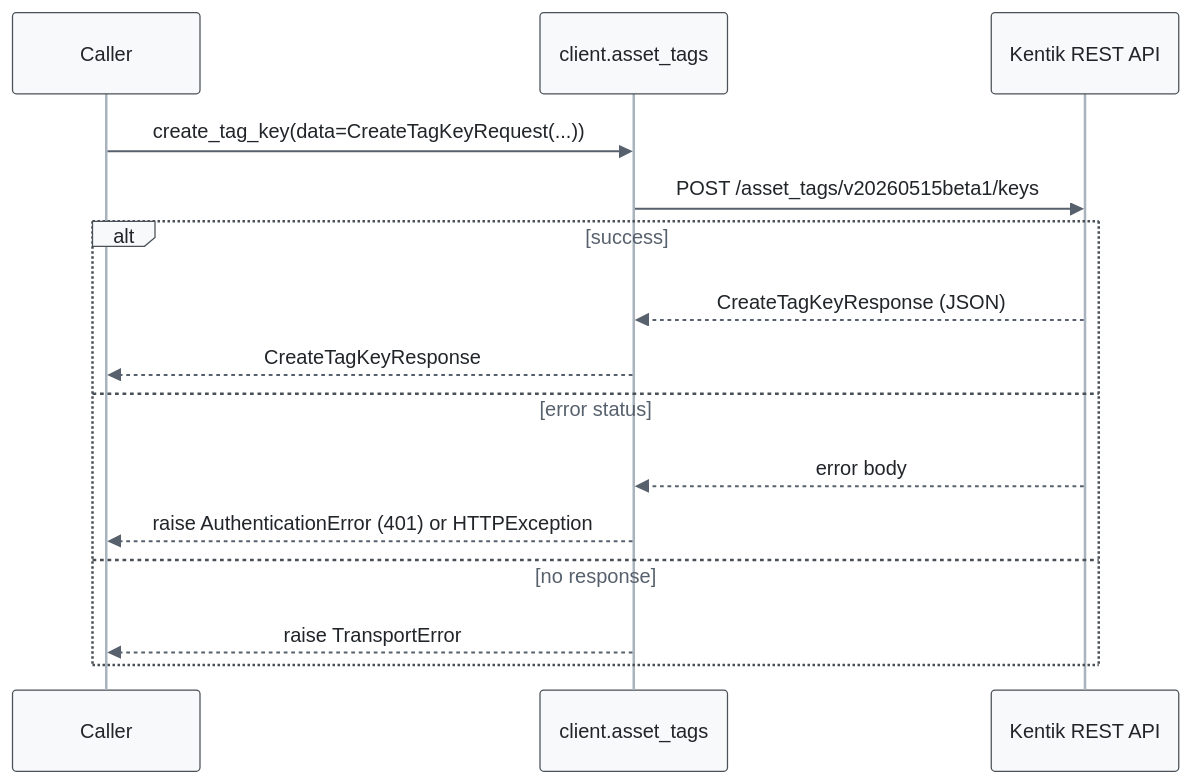
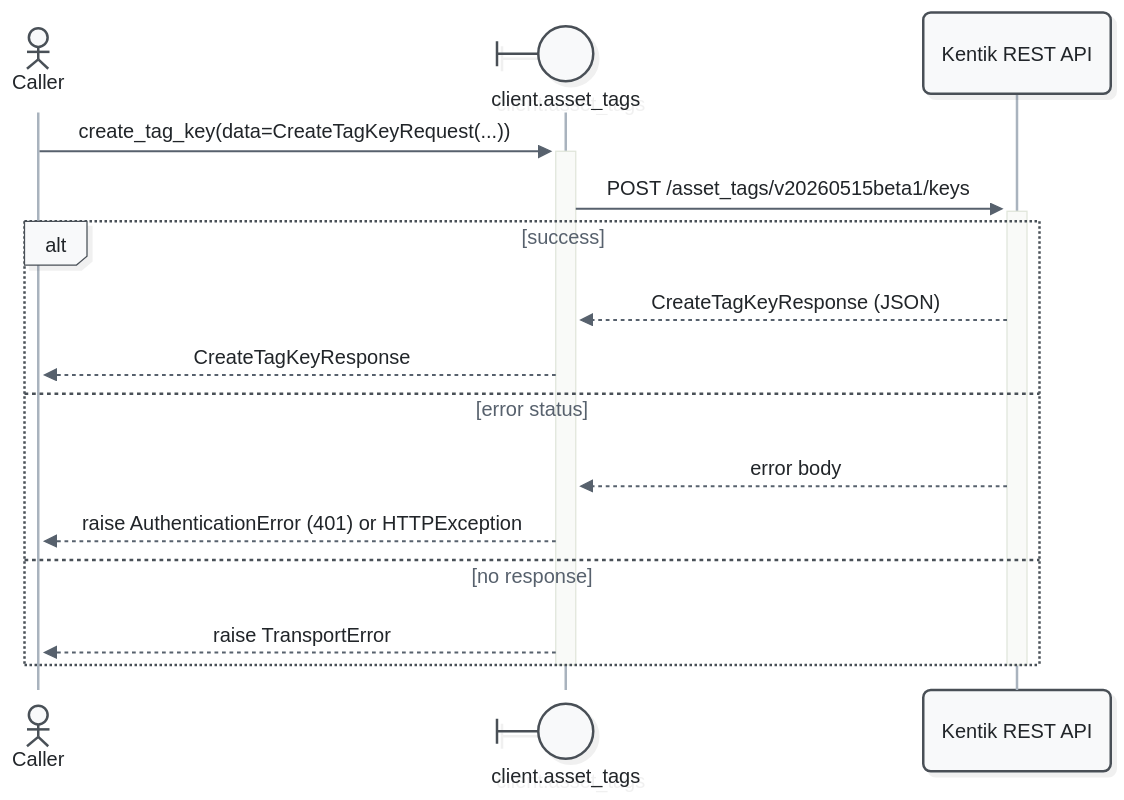
One commit to alexdearaujo/community_sdk_python changed the fifth of 19 diagrams in docs/sphinx/services/asset_tags.md. Above: the diagram before and after it, drawn with Mermaid. The commit also changed other lines of this file and 52 other files, not shown here.

First line of the commit message:
docs: Mermaid 12 sequence diagrams with participant types and path colors

````diff
--- a/docs/sphinx/services/asset_tags.md
+++ b/docs/sphinx/services/asset_tags.md
@@ -183,19 +193,21 @@
 ```mermaid
-%%{init: {"theme": "base", "fontFamily": "ui-monospace, SFMono-Regular, Menlo, monospace", "themeVariables": {"fontFamily": "ui-monospace, SFMono-Regular, Menlo, monospace", "primaryColor": "#f8f9fa", "primaryBorderColor": "#495057", "primaryTextColor": "#212529", "textColor": "#212529", "lineColor": "#77818c", "edgeLabelBackground": "#ffffff", "actorBkg": "#f8f9fa", "actorBorder": "#495057", "actorTextColor": "#212529", "actorLineColor": "#a9b3be", "signalColor": "#57616d", "signalTextColor": "#212529", "labelBoxBkgColor": "#f8f9fa", "labelBoxBorderColor": "#495057", "labelTextColor": "#212529", "loopTextColor": "#57616d", "noteBkgColor": "#fff9db", "noteBorderColor": "#f08c00", "noteTextColor": "#a35a00"}, "flowchart": {"curve": "step", "nodeSpacing": 30, "rankSpacing": 70, "wrappingWidth": 400}}}%%
+%%{init: {"theme": "redux", "look": "neo", "layout": "dagre", "fontFamily": "ui-monospace, SFMono-Regular, Menlo, monospace", "themeVariables": {"fontFamily": "ui-monospace, SFMono-Regular, Menlo, monospace", "primaryColor": "#f8f9fa", "primaryBorderColor": "#495057", "primaryTextColor": "#212529", "textColor": "#212529", "lineColor": "#77818c", "edgeLabelBackground": "#ffffff", "actorBkg": "#f8f9fa", "actorBorder": "#495057", "actorTextColor": "#212529", "actorLineColor": "#a9b3be", "signalColor": "#57616d", "signalTextColor": "#212529", "labelBoxBkgColor": "#f8f9fa", "labelBoxBorderColor": "#495057", "labelTextColor": "#212529", "loopTextColor": "#57616d", "noteBkgColor": "#fff9db", "noteBorderColor": "#f08c00", "noteTextColor": "#a35a00"}, "sequence": {"activationWidth": 16}, "flowchart": {"curve": "step", "nodeSpacing": 30, "rankSpacing": 70, "wrappingWidth": 400}}}%%
 sequenceDiagram
-    participant C as Caller
-    participant W as client.asset_tags
+    actor C as Caller
+    participant W@{ "type": "boundary" } as client.asset_tags
     participant API as Kentik REST API
 
-    C->>W: create_tag_key(data=CreateTagKeyRequest(...))
-    W->>API: POST /asset_tags/v20260515beta1/keys
+    C->>+W: create_tag_key(data=CreateTagKeyRequest(...))
+    W->>+API: POST /asset_tags/v20260515beta1/keys
     alt success
         API-->>W: CreateTagKeyResponse (JSON)
         W-->>C: CreateTagKeyResponse
     else error status
         API-->>W: error body
         W-->>C: raise AuthenticationError (401) or HTTPException
     else no response
         W-->>C: raise TransportError
     end
+    deactivate API
+    deactivate W
 ```
````
